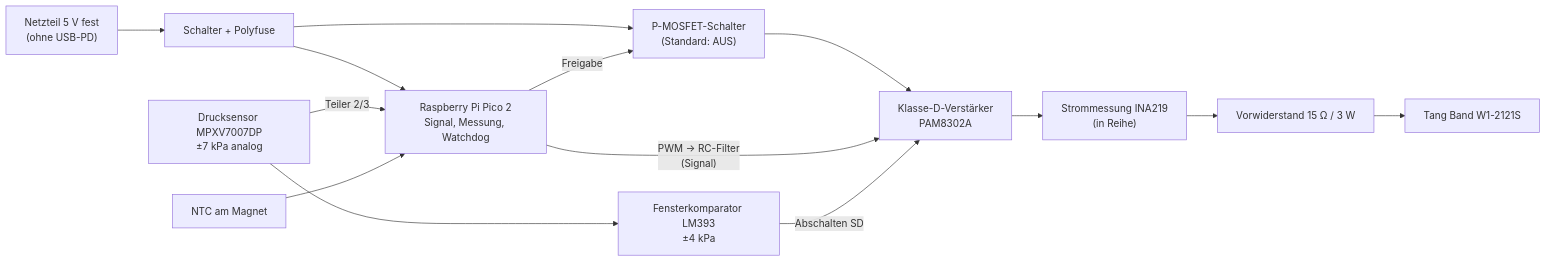
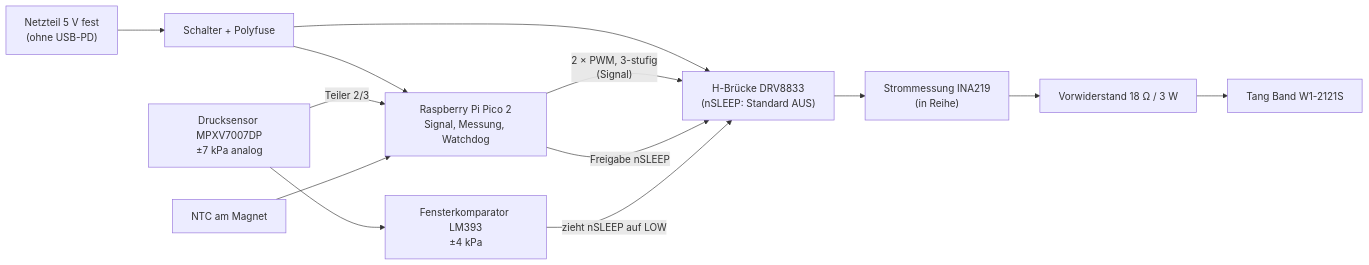
One commit to dymaxeffi/Hooverboard changed the diagram in docs/prototype_a/03_elektronik_einkaufsliste.md. Above: the diagram before and after it, drawn with Mermaid. The commit also changed other lines of this file and 5 other files, not shown here.

First line of the commit message:
Prototyp A: H-Brücke DRV8833 statt nicht lieferbarem PAM8302A, Vorwiderstand 18 Ω

````diff
--- a/docs/prototype_a/03_elektronik_einkaufsliste.md
+++ b/docs/prototype_a/03_elektronik_einkaufsliste.md
@@ -7,14 +7,13 @@
 ```mermaid
 flowchart LR
   PSU["Netzteil 5 V fest<br/>(ohne USB-PD)"] --> SW["Schalter + Polyfuse"]
   SW --> PICO["Raspberry Pi Pico 2<br/>Signal, Messung, Watchdog"]
-  SW --> LS["P-MOSFET-Schalter<br/>(Standard: AUS)"]
-  LS --> AMP["Klasse-D-Verstärker<br/>PAM8302A"]
-  PICO -- "PWM → RC-Filter<br/>(Signal)" --> AMP
-  PICO -- "Freigabe" --> LS
-  AMP --> INA["Strommessung INA219<br/>(in Reihe)"] --> RS["Vorwiderstand 15 Ω / 3 W"] --> SPK["Tang Band W1-2121S"]
+  SW --> AMP["H-Brücke DRV8833<br/>(nSLEEP: Standard AUS)"]
+  PICO -- "2 × PWM, 3-stufig<br/>(Signal)" --> AMP
+  PICO -- "Freigabe nSLEEP" --> AMP
+  AMP --> INA["Strommessung INA219<br/>(in Reihe)"] --> RS["Vorwiderstand 18 Ω / 3 W"] --> SPK["Tang Band W1-2121S"]
   SEN["Drucksensor MPXV7007DP<br/>±7 kPa analog"] -- "Teiler 2/3" --> PICO
   SEN --> CMP["Fensterkomparator LM393<br/>±4 kPa"]
-  CMP -- "Abschalten SD" --> AMP
+  CMP -- "zieht nSLEEP auf LOW" --> AMP
   NTC["NTC am Magnet"] --> PICO
 ```
````
